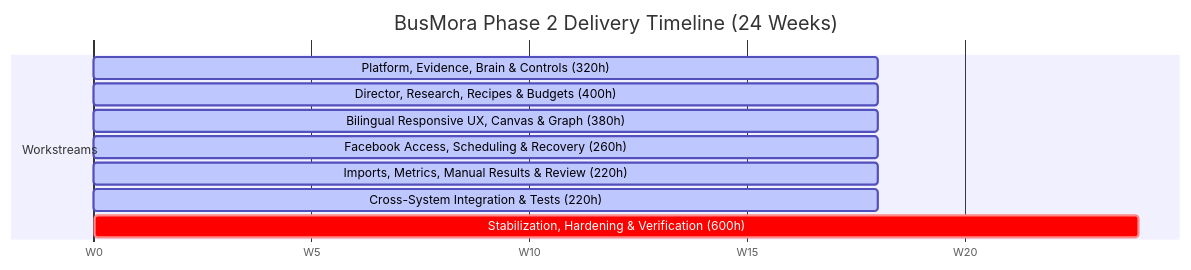
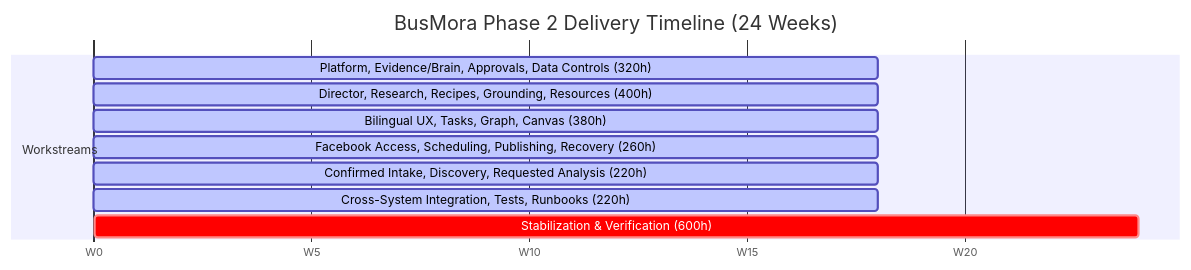
One commit to mohamed-hossam1/busmora-docs changed the diagram in strategy/mvp-definition.md. Above: the diagram before and after it, drawn with Mermaid. The commit also changed other lines of this file and 16 other files, not shown here.

````diff
--- a/strategy/mvp-definition.md
+++ b/strategy/mvp-definition.md
@@ -189,14 +180,14 @@
 ```mermaid
 gantt
     title BusMora Phase 2 Delivery Timeline (24 Weeks)
     dateFormat  X
     axisFormat  W%s
     section Workstreams
-    Platform, Evidence, Brain & Controls (320h) :active, p1, 0, 18
-    Director, Research, Recipes & Budgets (400h) :active, p2, 0, 18
-    Bilingual Responsive UX, Canvas & Graph (380h) :active, p3, 0, 18
-    Facebook Access, Scheduling & Recovery (260h) :active, p4, 0, 18
-    Imports, Metrics, Manual Results & Review (220h) :active, p5, 0, 18
-    Cross-System Integration & Tests (220h) :active, p6, 0, 18
-    Stabilization, Hardening & Verification (600h) :crit, p7, 18, 24
+    Platform, Evidence/Brain, Approvals, Data Controls (320h) :active, p1, 0, 18
+    Director, Research, Recipes, Grounding, Resources (400h) :active, p2, 0, 18
+    Bilingual UX, Tasks, Graph, Canvas (380h) :active, p3, 0, 18
+    Facebook Access, Scheduling, Publishing, Recovery (260h) :active, p4, 0, 18
+    Confirmed Intake, Discovery, Requested Analysis (220h) :active, p5, 0, 18
+    Cross-System Integration, Tests, Runbooks (220h) :active, p6, 0, 18
+    Stabilization & Verification (600h) :crit, p7, 18, 24
 ```
````
